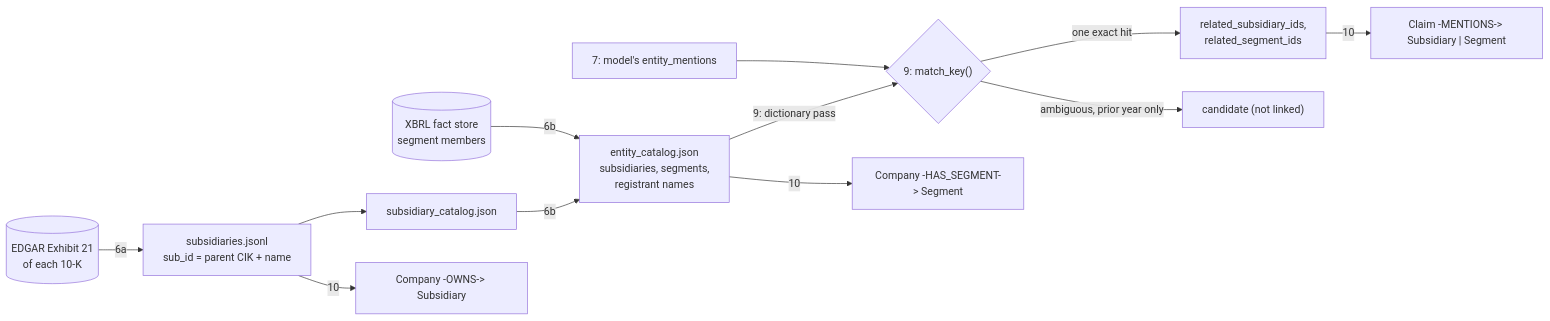
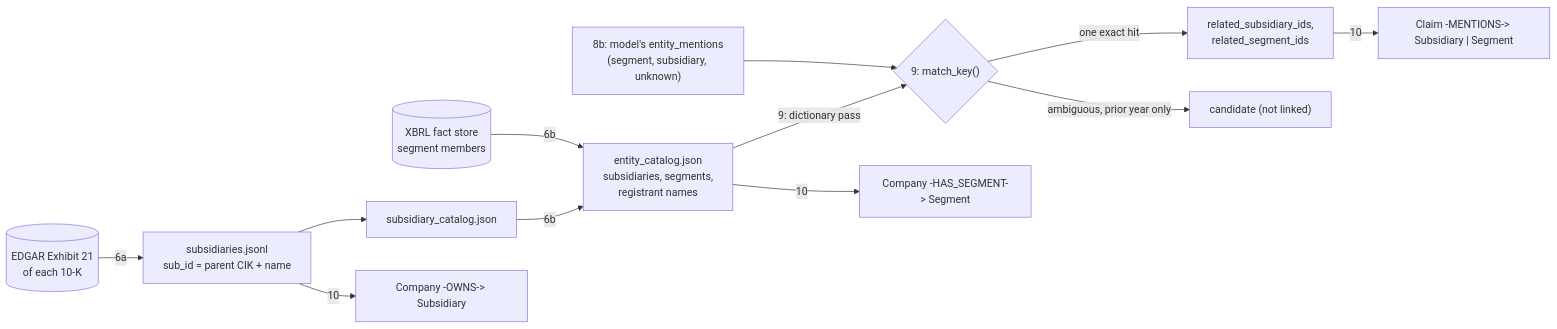
The sixth of 7 diagrams in extraction_pipeline/README.md (ZiyiClaudiaWang/KPMG-GraphRAG), drawn with Mermaid before and after one commit. The commit also changed other lines of this file and 22 other files, not shown here.

````diff
--- a/extraction_pipeline/README.md
+++ b/extraction_pipeline/README.md
@@ -187,14 +189,14 @@
 ```mermaid
 flowchart LR
     EX[("EDGAR Exhibit 21<br/>of each 10-K")] -->|"6a"| SUB["subsidiaries.jsonl<br/>sub_id = parent CIK + name"]
     SUB --> SC["subsidiary_catalog.json"]
     XB[("XBRL fact store<br/>segment members")] -->|"6b"| CAT["entity_catalog.json<br/>subsidiaries, segments,<br/>registrant names"]
     SC -->|"6b"| CAT
-    LAB["7: model's entity_mentions"] --> M{"9: match_key()"}
+    LAB["8b: model's entity_mentions<br/>(segment, subsidiary, unknown)"] --> M{"9: match_key()"}
     CAT -->|"9: dictionary pass"| M
     M -->|"one exact hit"| LINK["related_subsidiary_ids,<br/>related_segment_ids"]
     M -->|"ambiguous, prior year only"| CAND["candidate (not linked)"]
     SUB -->|"10"| OWNS["Company -OWNS-> Subsidiary"]
     CAT -->|"10"| HS["Company -HAS_SEGMENT-> Segment"]
     LINK -->|"10"| MEN["Claim -MENTIONS-> Subsidiary | Segment"]
 ```
````
